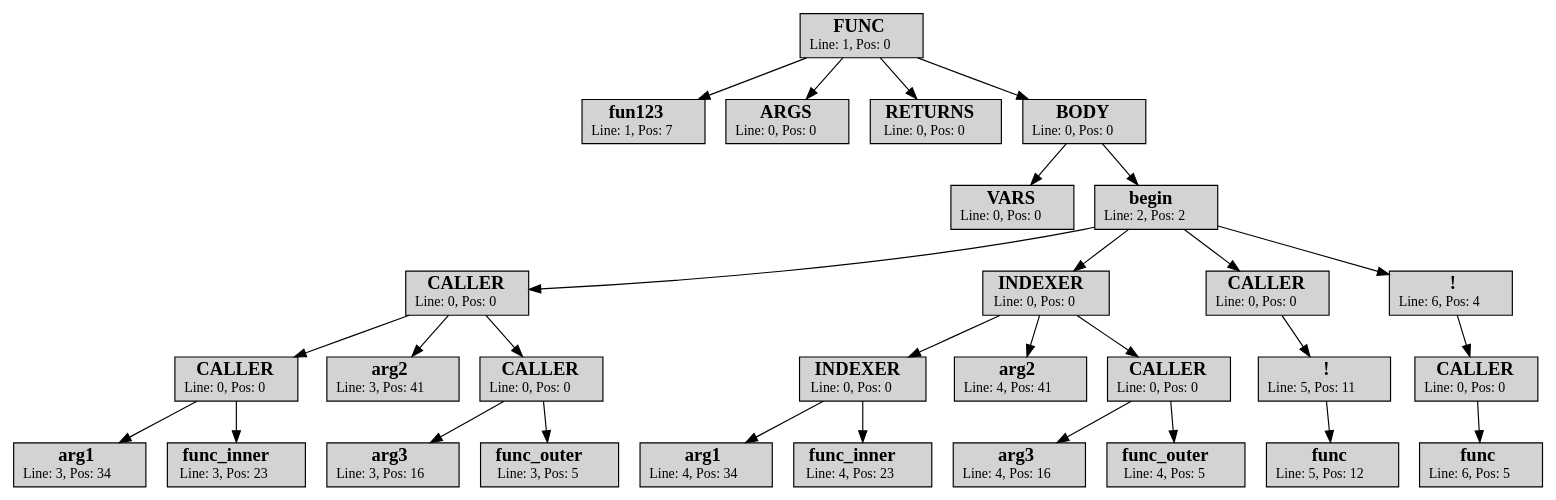
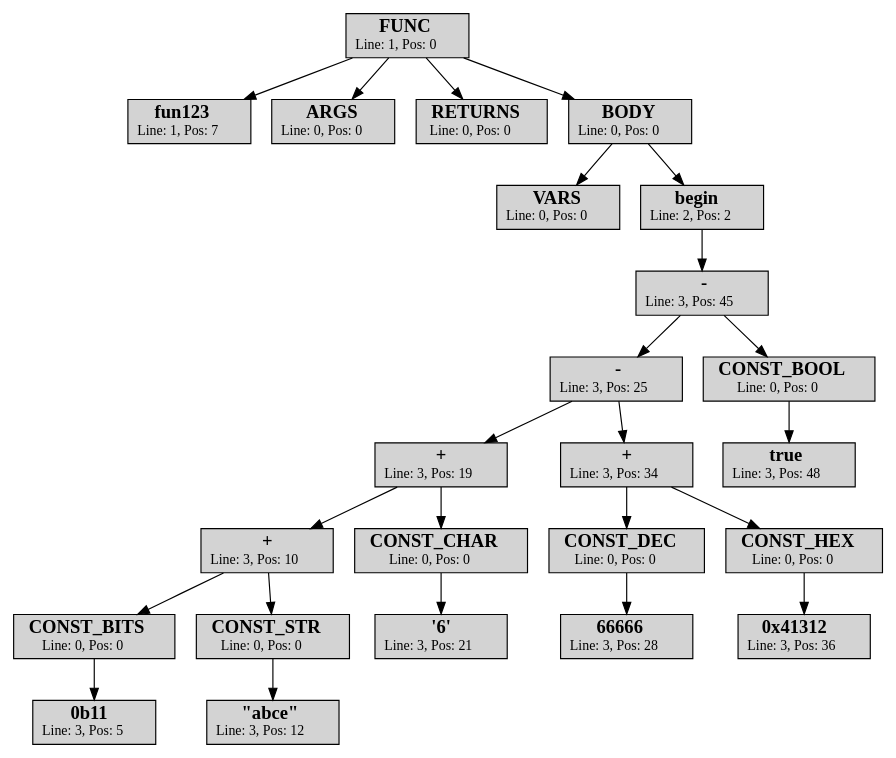
One commit to klephron/itmo changed the diagram in Year-5/System-software/lab-1/io/output.dot. Above: the diagram before and after it, drawn with Graphviz. The commit also changed 3 other files, not shown here.

```diff
--- a/Year-5/System-software/lab-1/io/output.dot
+++ b/Year-5/System-software/lab-1/io/output.dot
@@ -1,60 +1,50 @@
 strict digraph AST{
 node [shape=rect, style=filled]
 id_1[label=< <FONT POINT-SIZE="16"><b>FUNC</b></FONT><br/><FONT POINT-SIZE="12">Line: 1, Pos: 0</FONT> >]
 id_2[label=< <FONT POINT-SIZE="16"><b>fun123</b></FONT><br/><FONT POINT-SIZE="12">Line: 1, Pos: 7</FONT> >]
 id_3[label=< <FONT POINT-SIZE="16"><b>ARGS</b></FONT><br/><FONT POINT-SIZE="12">Line: 0, Pos: 0</FONT> >]
 id_4[label=< <FONT POINT-SIZE="16"><b>RETURNS</b></FONT><br/><FONT POINT-SIZE="12">Line: 0, Pos: 0</FONT> >]
 id_5[label=< <FONT POINT-SIZE="16"><b>BODY</b></FONT><br/><FONT POINT-SIZE="12">Line: 0, Pos: 0</FONT> >]
 id_6[label=< <FONT POINT-SIZE="16"><b>VARS</b></FONT><br/><FONT POINT-SIZE="12">Line: 0, Pos: 0</FONT> >]
 id_7[label=< <FONT POINT-SIZE="16"><b>begin</b></FONT><br/><FONT POINT-SIZE="12">Line: 2, Pos: 2</FONT> >]
-id_8[label=< <FONT POINT-SIZE="16"><b>CALLER</b></FONT><br/><FONT POINT-SIZE="12">Line: 0, Pos: 0</FONT> >]
-id_9[label=< <FONT POINT-SIZE="16"><b>CALLER</b></FONT><br/><FONT POINT-SIZE="12">Line: 0, Pos: 0</FONT> >]
-id_10[label=< <FONT POINT-SIZE="16"><b>arg1</b></FONT><br/><FONT POINT-SIZE="12">Line: 3, Pos: 34</FONT> >]
-id_11[label=< <FONT POINT-SIZE="16"><b>func_inner</b></FONT><br/><FONT POINT-SIZE="12">Line: 3, Pos: 23</FONT> >]
-id_12[label=< <FONT POINT-SIZE="16"><b>arg2</b></FONT><br/><FONT POINT-SIZE="12">Line: 3, Pos: 41</FONT> >]
-id_13[label=< <FONT POINT-SIZE="16"><b>CALLER</b></FONT><br/><FONT POINT-SIZE="12">Line: 0, Pos: 0</FONT> >]
-id_14[label=< <FONT POINT-SIZE="16"><b>arg3</b></FONT><br/><FONT POINT-SIZE="12">Line: 3, Pos: 16</FONT> >]
-id_15[label=< <FONT POINT-SIZE="16"><b>func_outer</b></FONT><br/><FONT POINT-SIZE="12">Line: 3, Pos: 5</FONT> >]
-id_16[label=< <FONT POINT-SIZE="16"><b>INDEXER</b></FONT><br/><FONT POINT-SIZE="12">Line: 0, Pos: 0</FONT> >]
-id_17[label=< <FONT POINT-SIZE="16"><b>INDEXER</b></FONT><br/><FONT POINT-SIZE="12">Line: 0, Pos: 0</FONT> >]
-id_18[label=< <FONT POINT-SIZE="16"><b>arg1</b></FONT><br/><FONT POINT-SIZE="12">Line: 4, Pos: 34</FONT> >]
-id_19[label=< <FONT POINT-SIZE="16"><b>func_inner</b></FONT><br/><FONT POINT-SIZE="12">Line: 4, Pos: 23</FONT> >]
-id_20[label=< <FONT POINT-SIZE="16"><b>arg2</b></FONT><br/><FONT POINT-SIZE="12">Line: 4, Pos: 41</FONT> >]
-id_21[label=< <FONT POINT-SIZE="16"><b>CALLER</b></FONT><br/><FONT POINT-SIZE="12">Line: 0, Pos: 0</FONT> >]
-id_22[label=< <FONT POINT-SIZE="16"><b>arg3</b></FONT><br/><FONT POINT-SIZE="12">Line: 4, Pos: 16</FONT> >]
-id_23[label=< <FONT POINT-SIZE="16"><b>func_outer</b></FONT><br/><FONT POINT-SIZE="12">Line: 4, Pos: 5</FONT> >]
-id_24[label=< <FONT POINT-SIZE="16"><b>CALLER</b></FONT><br/><FONT POINT-SIZE="12">Line: 0, Pos: 0</FONT> >]
-id_25[label=< <FONT POINT-SIZE="16"><b>!</b></FONT><br/><FONT POINT-SIZE="12">Line: 5, Pos: 11</FONT> >]
-id_26[label=< <FONT POINT-SIZE="16"><b>func</b></FONT><br/><FONT POINT-SIZE="12">Line: 5, Pos: 12</FONT> >]
-id_27[label=< <FONT POINT-SIZE="16"><b>!</b></FONT><br/><FONT POINT-SIZE="12">Line: 6, Pos: 4</FONT> >]
-id_28[label=< <FONT POINT-SIZE="16"><b>CALLER</b></FONT><br/><FONT POINT-SIZE="12">Line: 0, Pos: 0</FONT> >]
-id_29[label=< <FONT POINT-SIZE="16"><b>func</b></FONT><br/><FONT POINT-SIZE="12">Line: 6, Pos: 5</FONT> >]
+id_8[label=< <FONT POINT-SIZE="16"><b>-</b></FONT><br/><FONT POINT-SIZE="12">Line: 3, Pos: 45</FONT> >]
+id_9[label=< <FONT POINT-SIZE="16"><b>-</b></FONT><br/><FONT POINT-SIZE="12">Line: 3, Pos: 25</FONT> >]
+id_10[label=< <FONT POINT-SIZE="16"><b>+</b></FONT><br/><FONT POINT-SIZE="12">Line: 3, Pos: 19</FONT> >]
+id_11[label=< <FONT POINT-SIZE="16"><b>+</b></FONT><br/><FONT POINT-SIZE="12">Line: 3, Pos: 10</FONT> >]
+id_12[label=< <FONT POINT-SIZE="16"><b>CONST_BITS</b></FONT><br/><FONT POINT-SIZE="12">Line: 0, Pos: 0</FONT> >]
+id_13[label=< <FONT POINT-SIZE="16"><b>0b11</b></FONT><br/><FONT POINT-SIZE="12">Line: 3, Pos: 5</FONT> >]
+id_14[label=< <FONT POINT-SIZE="16"><b>CONST_STR</b></FONT><br/><FONT POINT-SIZE="12">Line: 0, Pos: 0</FONT> >]
+id_15[label=< <FONT POINT-SIZE="16"><b>&quot;abce&quot;</b></FONT><br/><FONT POINT-SIZE="12">Line: 3, Pos: 12</FONT> >]
+id_16[label=< <FONT POINT-SIZE="16"><b>CONST_CHAR</b></FONT><br/><FONT POINT-SIZE="12">Line: 0, Pos: 0</FONT> >]
+id_17[label=< <FONT POINT-SIZE="16"><b>&#39;6&#39;</b></FONT><br/><FONT POINT-SIZE="12">Line: 3, Pos: 21</FONT> >]
+id_18[label=< <FONT POINT-SIZE="16"><b>+</b></FONT><br/><FONT POINT-SIZE="12">Line: 3, Pos: 34</FONT> >]
+id_19[label=< <FONT POINT-SIZE="16"><b>CONST_DEC</b></FONT><br/><FONT POINT-SIZE="12">Line: 0, Pos: 0</FONT> >]
+id_20[label=< <FONT POINT-SIZE="16"><b>66666</b></FONT><br/><FONT POINT-SIZE="12">Line: 3, Pos: 28</FONT> >]
+id_21[label=< <FONT POINT-SIZE="16"><b>CONST_HEX</b></FONT><br/><FONT POINT-SIZE="12">Line: 0, Pos: 0</FONT> >]
+id_22[label=< <FONT POINT-SIZE="16"><b>0x41312</b></FONT><br/><FONT POINT-SIZE="12">Line: 3, Pos: 36</FONT> >]
+id_23[label=< <FONT POINT-SIZE="16"><b>CONST_BOOL</b></FONT><br/><FONT POINT-SIZE="12">Line: 0, Pos: 0</FONT> >]
+id_24[label=< <FONT POINT-SIZE="16"><b>true</b></FONT><br/><FONT POINT-SIZE="12">Line: 3, Pos: 48</FONT> >]
 id_1 -> id_2
 id_1 -> id_3
 id_1 -> id_4
 id_5 -> id_6
+id_12 -> id_13
+id_11 -> id_12
+id_14 -> id_15
+id_11 -> id_14
+id_10 -> id_11
+id_16 -> id_17
+id_10 -> id_16
 id_9 -> id_10
-id_9 -> id_11
+id_19 -> id_20
+id_18 -> id_19
+id_21 -> id_22
+id_18 -> id_21
+id_9 -> id_18
 id_8 -> id_9
-id_8 -> id_12
-id_13 -> id_14
-id_13 -> id_15
-id_8 -> id_13
+id_23 -> id_24
+id_8 -> id_23
 id_7 -> id_8
-id_17 -> id_18
-id_17 -> id_19
-id_16 -> id_17
-id_16 -> id_20
-id_21 -> id_22
-id_21 -> id_23
-id_16 -> id_21
-id_7 -> id_16
-id_25 -> id_26
-id_24 -> id_25
-id_7 -> id_24
-id_28 -> id_29
-id_27 -> id_28
-id_7 -> id_27
 id_5 -> id_7
 id_1 -> id_5
 }
```
